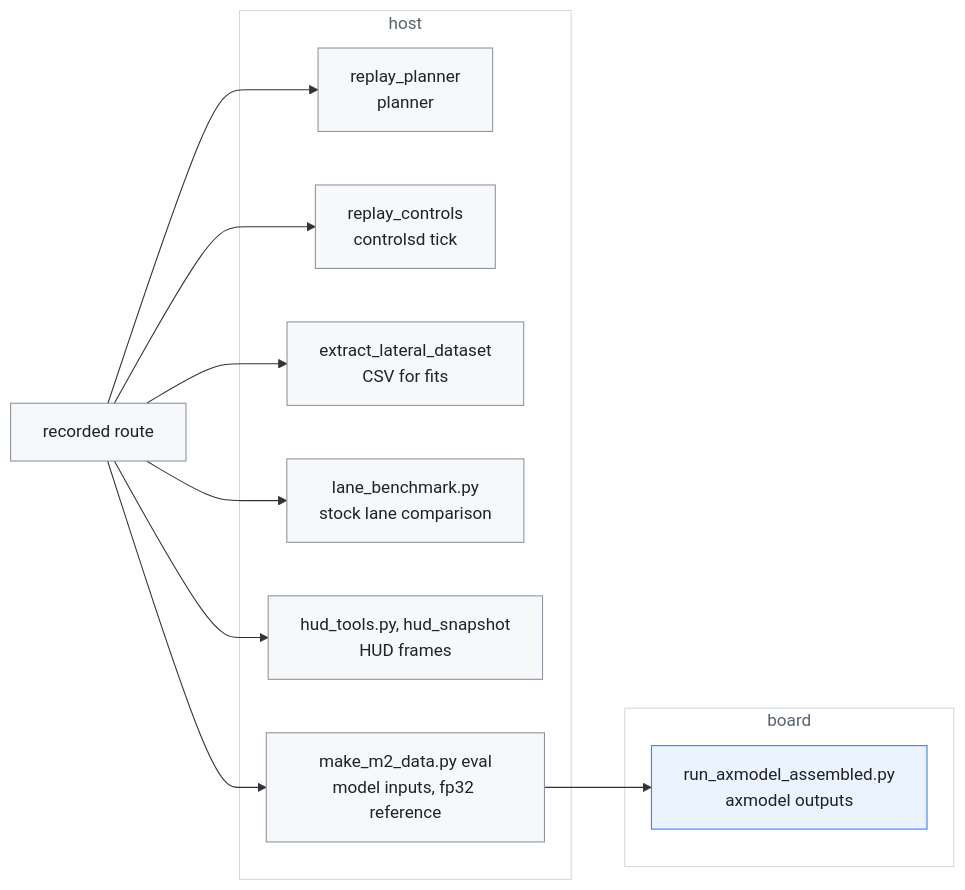
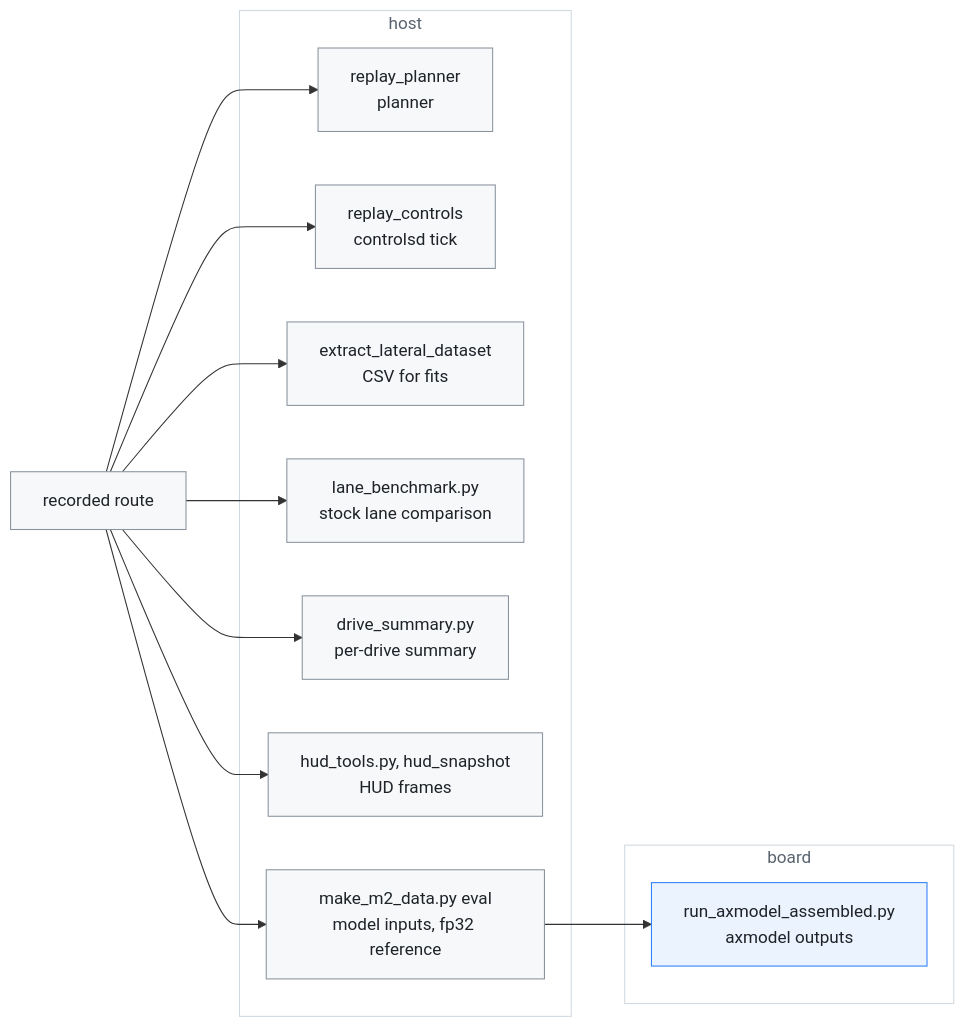
Before and after one commit to cwal1220/edgepilot: the first of 3 diagrams in docs/diagnostics.md, drawn with Mermaid. The commit also changed 7 other files, not shown here.

First line of the commit message:
tools: drive_summary.py, the per-drive review in one pass

````diff
--- a/docs/diagnostics.md
+++ b/docs/diagnostics.md
@@ -14,28 +14,30 @@
 ```mermaid
 flowchart LR
     route["recorded route"]
     subgraph host["host"]
         planner["replay_planner<br>planner"]
         controls["replay_controls<br>controlsd tick"]
         dataset["extract_lateral_dataset<br>CSV for fits"]
         bench["lane_benchmark.py<br>stock lane comparison"]
+        summary["drive_summary.py<br>per-drive summary"]
         hud["hud_tools.py, hud_snapshot<br>HUD frames"]
         m2["make_m2_data.py eval<br>model inputs, fp32 reference"]
     end
     subgraph board["board"]
         axrun["run_axmodel_assembled.py<br>axmodel outputs"]
     end
     route --> planner
     route --> controls
     route --> dataset
     route --> bench
+    route --> summary
     route --> hud
     route --> m2
     m2 --> axrun
     classDef compute fill:#ebf3fe,stroke:#2f81f7,color:#1f2328
     classDef proc fill:#f6f8fa,stroke:#8b949e,color:#1f2328
     classDef group fill:#ffffff,stroke:#d1d9e0,color:#59636e
     class host,board group
     class axrun compute
-    class route,planner,controls,dataset,bench,hud,m2 proc
+    class route,planner,controls,dataset,bench,summary,hud,m2 proc
 ```
````
